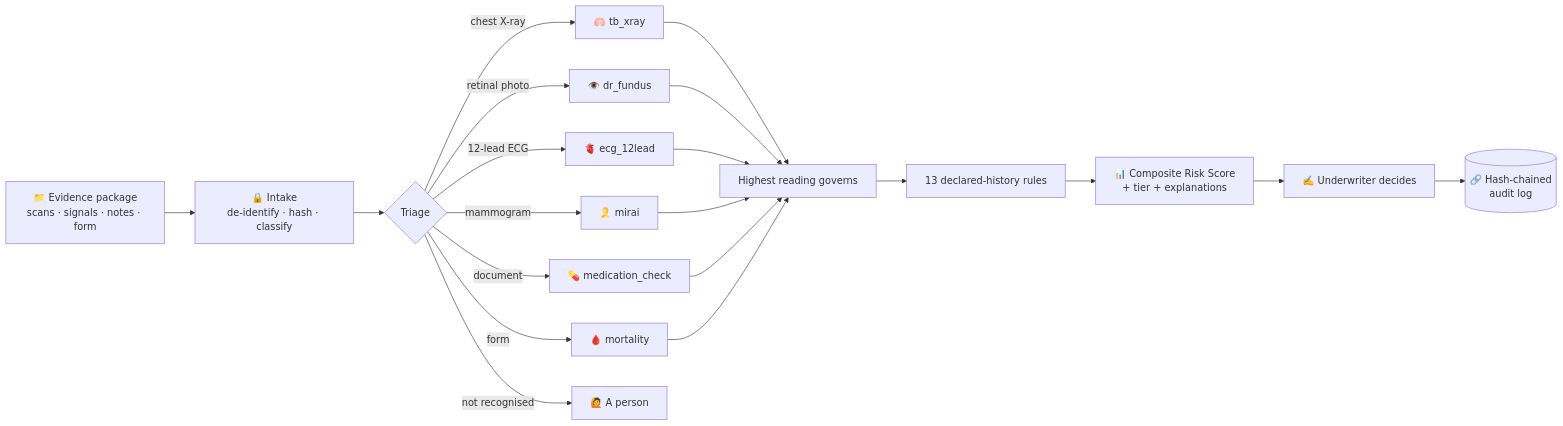
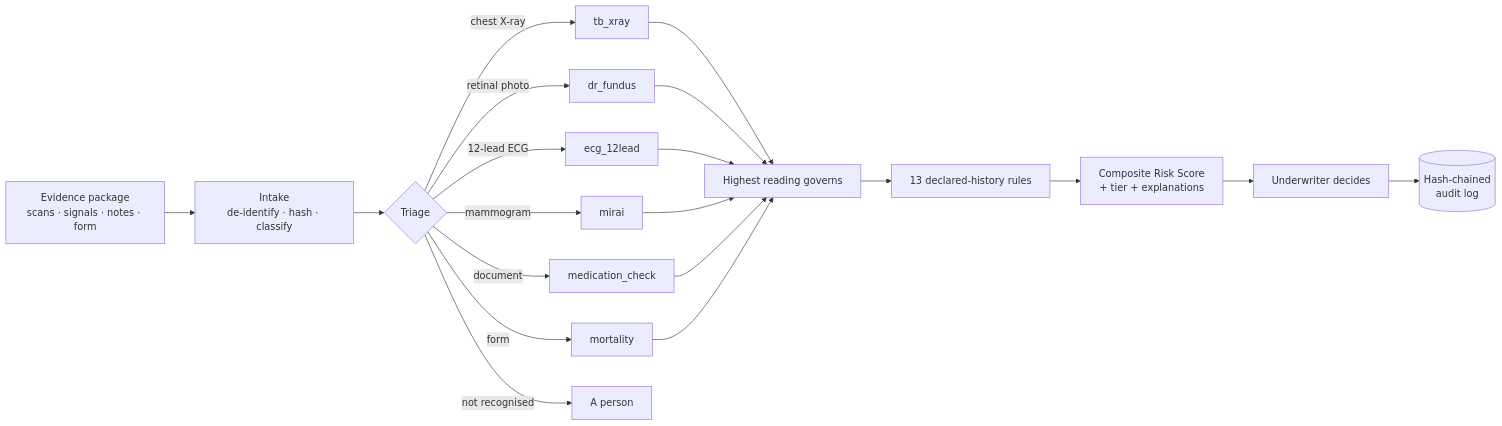
The diagram in README.md (Cord1ess/HomelanderAI), drawn with Mermaid before and after one commit. The commit also changed other lines of this file and 34 other files, not shown here.

````diff
--- a/README.md
+++ b/README.md
@@ -60,17 +60,17 @@
 ```mermaid
 flowchart LR
-    A["📁 Evidence package<br/>scans · signals · notes · form"] --> B["🔒 Intake<br/>de-identify · hash · classify"]
+    A["Evidence package<br/>scans · signals · notes · form"] --> B["Intake<br/>de-identify · hash · classify"]
     B --> C{Triage}
-    C -->|chest X-ray| D1["🫁 tb_xray"]
-    C -->|retinal photo| D2["👁️ dr_fundus"]
-    C -->|12-lead ECG| D3["🫀 ecg_12lead"]
-    C -->|mammogram| D4["🎗️ mirai"]
-    C -->|document| D5["💊 medication_check"]
-    C -->|form| D6["🩸 mortality"]
-    C -->|not recognised| P["🙋 A person"]
+    C -->|chest X-ray| D1["tb_xray"]
+    C -->|retinal photo| D2["dr_fundus"]
+    C -->|12-lead ECG| D3["ecg_12lead"]
+    C -->|mammogram| D4["mirai"]
+    C -->|document| D5["medication_check"]
+    C -->|form| D6["mortality"]
+    C -->|not recognised| P["A person"]
     D1 & D2 & D3 & D4 & D5 & D6 --> E["Highest reading governs"]
     E --> F["13 declared-history rules"]
-    F --> G["📊 Composite Risk Score<br/>+ tier + explanations"]
-    G --> H["✍️ Underwriter decides"]
-    H --> I[("🔗 Hash-chained<br/>audit log")]
+    F --> G["Composite Risk Score<br/>+ tier + explanations"]
+    G --> H["Underwriter decides"]
+    H --> I[("Hash-chained<br/>audit log")]
 ```
````
